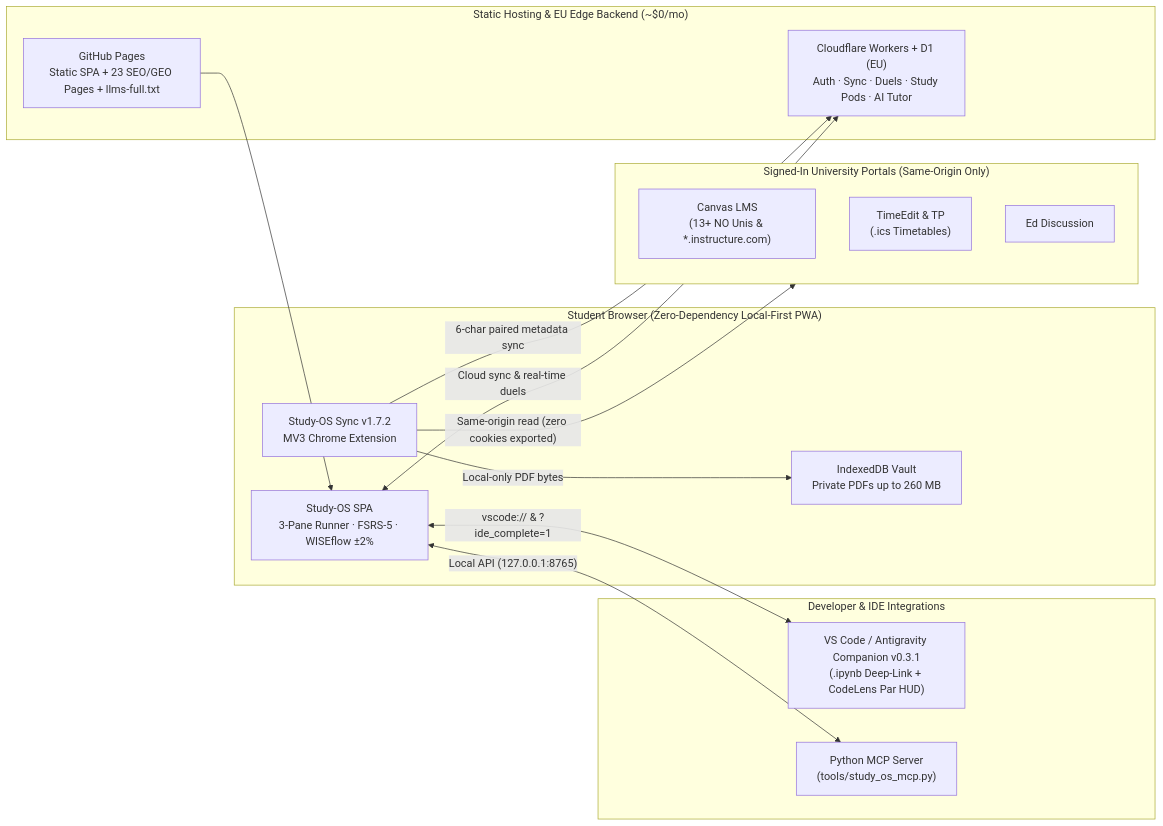
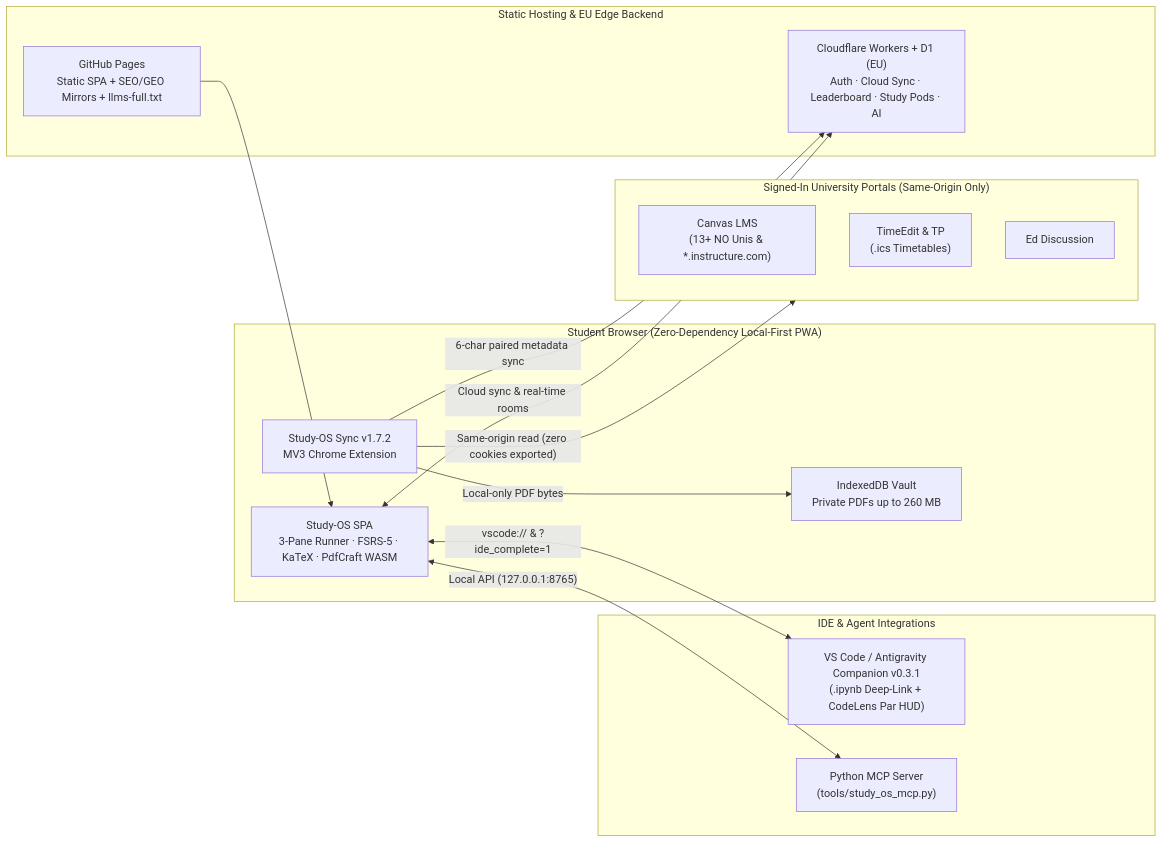
Before and after one commit to shadjosef/study-os: the diagram in README.md, drawn with Mermaid. The commit also changed other lines of this file and 16 other files, not shown here.

Commit message:
docs: rebuild README in PdfCraft editorial style with live zoomed walkthrough & real app screens

````diff
--- a/README.md
+++ b/README.md
@@ -103,32 +168,32 @@
 ```mermaid
 flowchart LR
   subgraph Client["Student Browser (Zero-Dependency Local-First PWA)"]
-    SPA["Study-OS SPA\n3-Pane Runner · FSRS-5 · WISEflow ±2%"]
+    SPA["Study-OS SPA\n3-Pane Runner · FSRS-5 · KaTeX · PdfCraft WASM"]
     IDB["IndexedDB Vault\nPrivate PDFs up to 260 MB"]
     EXT["Study-OS Sync v1.7.2\nMV3 Chrome Extension"]
   end
 
   subgraph Campus["Signed-In University Portals (Same-Origin Only)"]
     CANVAS["Canvas LMS\n(13+ NO Unis & *.instructure.com)"]
     TT["TimeEdit & TP\n(.ics Timetables)"]
     ED["Ed Discussion"]
   end
 
-  subgraph Edge["Static Hosting & EU Edge Backend (~$0/mo)"]
-    GHP["GitHub Pages\nStatic SPA + 23 SEO/GEO Pages + llms-full.txt"]
-    CFW["Cloudflare Workers + D1 (EU)\nAuth · Sync · Duels · Study Pods · AI Tutor"]
+  subgraph Edge["Static Hosting & EU Edge Backend"]
+    GHP["GitHub Pages\nStatic SPA + SEO/GEO Mirrors + llms-full.txt"]
+    CFW["Cloudflare Workers + D1 (EU)\nAuth · Cloud Sync · Leaderboard · Study Pods · AI"]
   end
 
-  subgraph DevTools["Developer & IDE Integrations"]
+  subgraph DevTools["IDE & Agent Integrations"]
     VSC["VS Code / Antigravity Companion v0.3.1\n(.ipynb Deep-Link + CodeLens Par HUD)"]
     MCP["Python MCP Server\n(tools/study_os_mcp.py)"]
   end
 
   EXT -->|"Same-origin read (zero cookies exported)"| Campus
   EXT -->|"Local-only PDF bytes"| IDB
   EXT -->|"6-char paired metadata sync"| CFW
   GHP --> SPA
-  SPA <-->|"Cloud sync & real-time duels"| CFW
+  SPA <-->|"Cloud sync & real-time rooms"| CFW
   SPA <-->|"vscode:// & ?ide_complete=1"| VSC
   SPA <-->|"Local API (127.0.0.1:8765)"| MCP
 ```
````
